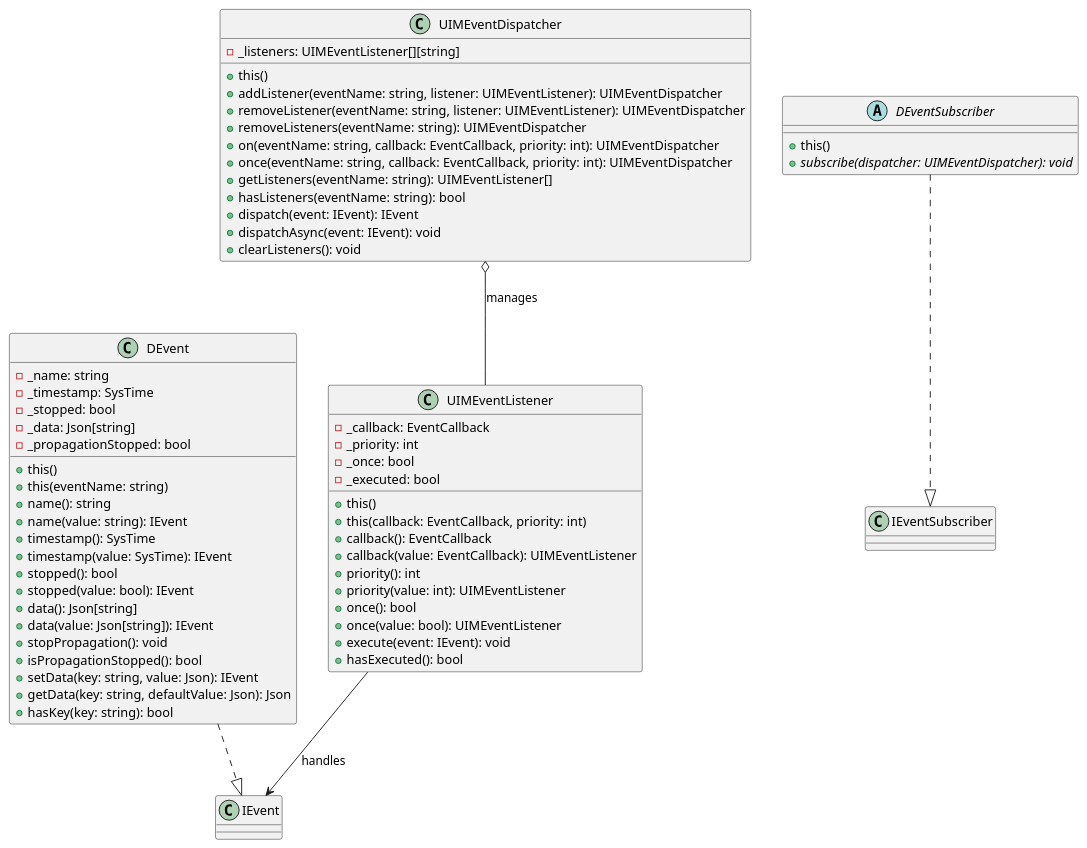
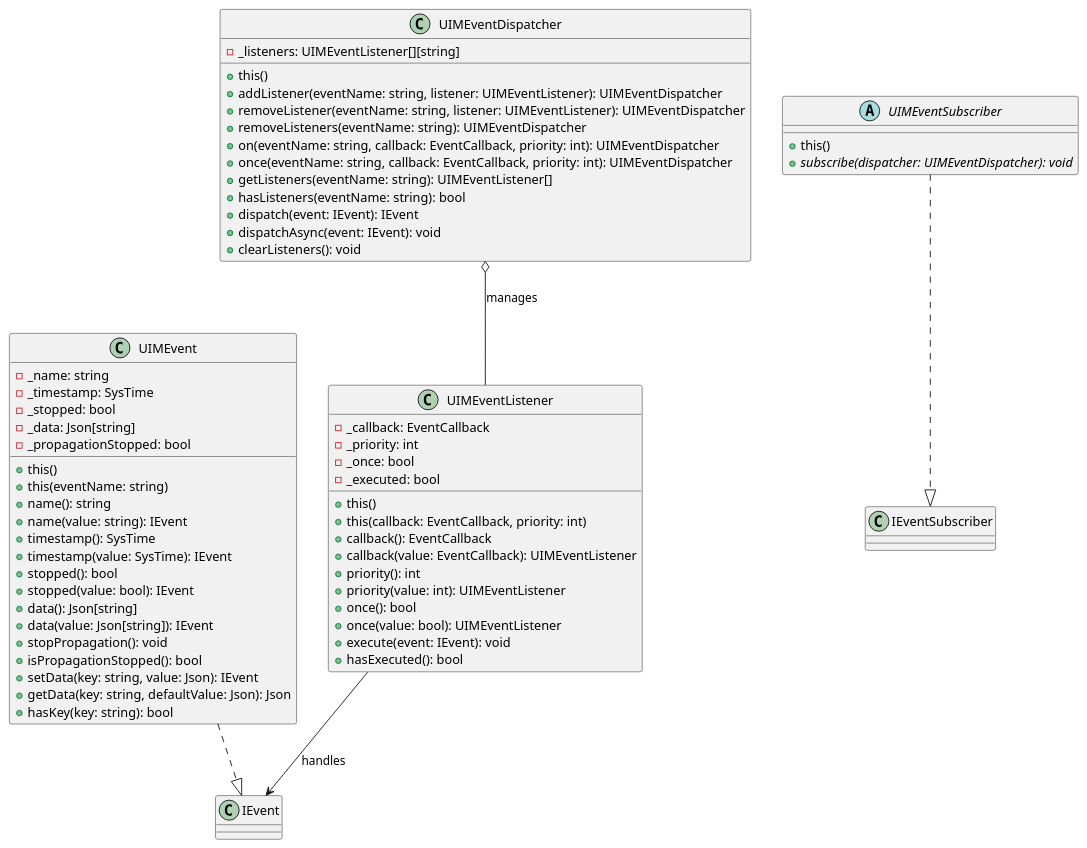
The second of 12 diagrams in events/UML.md (UIMSolutions/uim-framework), drawn with PlantUML before and after one commit. The commit also changed other lines of this file and 21 other files, not shown here.

````diff
--- a/events/UML.md
+++ b/events/UML.md
@@ -44,74 +44,74 @@
 ```plantuml
 @startuml Events_Core_Classes
 
-class DEvent {
+class UIMEvent {
   - _name: string
   - _timestamp: SysTime
   - _stopped: bool
   - _data: Json[string]
   - _propagationStopped: bool
   
   + this()
   + this(eventName: string)
   + name(): string
   + name(value: string): IEvent
   + timestamp(): SysTime
   + timestamp(value: SysTime): IEvent
   + stopped(): bool
   + stopped(value: bool): IEvent
   + data(): Json[string]
   + data(value: Json[string]): IEvent
   + stopPropagation(): void
   + isPropagationStopped(): bool
   + setData(key: string, value: Json): IEvent
   + getData(key: string, defaultValue: Json): Json
   + hasKey(key: string): bool
 }
 
 class UIMEventListener {
   - _callback: EventCallback
   - _priority: int
   - _once: bool
   - _executed: bool
   
   + this()
   + this(callback: EventCallback, priority: int)
   + callback(): EventCallback
   + callback(value: EventCallback): UIMEventListener
   + priority(): int
   + priority(value: int): UIMEventListener
   + once(): bool
   + once(value: bool): UIMEventListener
   + execute(event: IEvent): void
   + hasExecuted(): bool
 }
 
 class UIMEventDispatcher {
   - _listeners: UIMEventListener[][string]
   
   + this()
   + addListener(eventName: string, listener: UIMEventListener): UIMEventDispatcher
   + removeListener(eventName: string, listener: UIMEventListener): UIMEventDispatcher
   + removeListeners(eventName: string): UIMEventDispatcher
   + on(eventName: string, callback: EventCallback, priority: int): UIMEventDispatcher
   + once(eventName: string, callback: EventCallback, priority: int): UIMEventDispatcher
   + getListeners(eventName: string): UIMEventListener[]
   + hasListeners(eventName: string): bool
   + dispatch(event: IEvent): IEvent
   + dispatchAsync(event: IEvent): void
   + clearListeners(): void
 }
 
-abstract class DEventSubscriber {
+abstract class UIMEventSubscriber {
   + this()
   + {abstract} subscribe(dispatcher: UIMEventDispatcher): void
 }
 
-DEvent ..|> IEvent
-DEventSubscriber ..|> IEventSubscriber
+UIMEvent ..|> IEvent
+UIMEventSubscriber ..|> IEventSubscriber
 
 UIMEventDispatcher o-- UIMEventListener : manages
 UIMEventListener --> IEvent : handles
 
 @enduml
 ```
````
